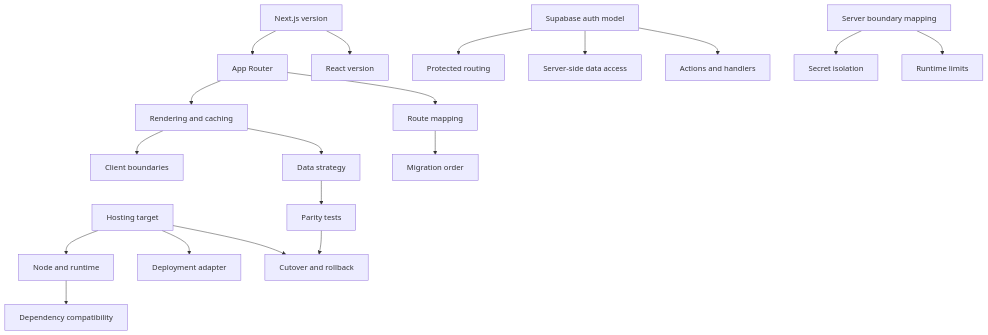
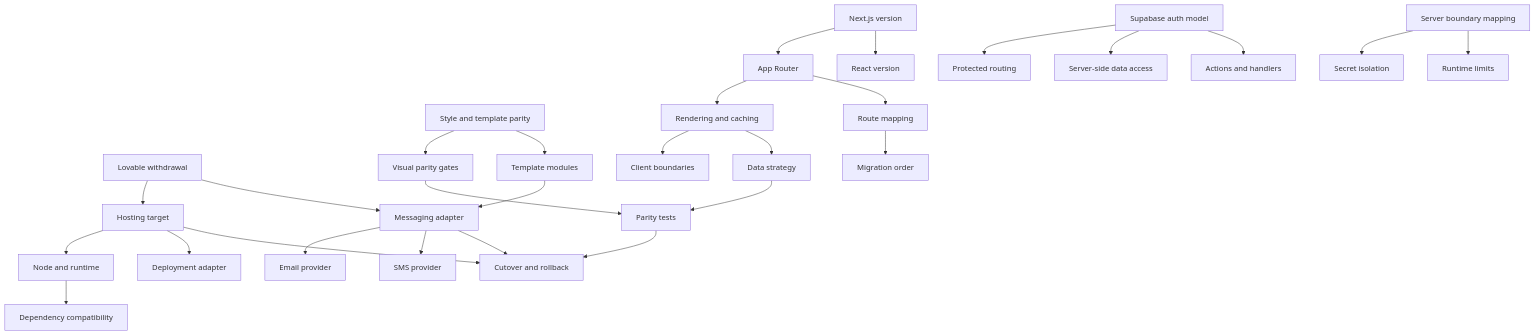
Before and after one commit to Ali-sherif/loyollo-web: the diagram in docs/architecture/decision-dependencies.md, drawn with Mermaid. The commit also changed other lines of this file and 17 other files, not shown here.

Commit message:
docs: update architecture documentation to reflect Lovable withdrawal and messaging adapter integration

````diff
--- a/docs/architecture/decision-dependencies.md
+++ b/docs/architecture/decision-dependencies.md
@@ -3,21 +3,30 @@
 ```mermaid
 flowchart TD
-  Hosting[Hosting target] --> Node[Node and runtime]
+  LovableOut[Lovable withdrawal] --> Hosting[Hosting target]
+  LovableOut --> MessagingAdapter[Messaging adapter]
+  StyleParity[Style and template parity] --> VisualGates[Visual parity gates]
+  StyleParity --> TemplateModules[Template modules]
+  Hosting --> Node[Node and runtime]
   Hosting --> Adapter[Deployment adapter]
+  MessagingAdapter --> EmailProvider[Email provider]
+  MessagingAdapter --> SmsProvider[SMS provider]
+  TemplateModules --> MessagingAdapter
   NextVersion[Next.js version] --> AppRouter[App Router]
   NextVersion --> ReactVersion[React version]
   Node --> Dependencies[Dependency compatibility]
   AppRouter --> Rendering[Rendering and caching]
   AppRouter --> Routes[Route mapping]
   Auth[Supabase auth model] --> Protected[Protected routing]
   Auth --> ServerData[Server-side data access]
   Auth --> Mutations[Actions and handlers]
   ServerBoundaries[Server boundary mapping] --> Secrets[Secret isolation]
   ServerBoundaries --> RuntimeLimits[Runtime limits]
   Rendering --> ClientBoundaries[Client boundaries]
   Rendering --> DataStrategy[Data strategy]
   Routes --> MigrationOrder[Migration order]
   DataStrategy --> Testing[Parity tests]
+  VisualGates --> Testing
   Hosting --> Cutover[Cutover and rollback]
+  MessagingAdapter --> Cutover
   Testing --> Cutover
 ```
````
